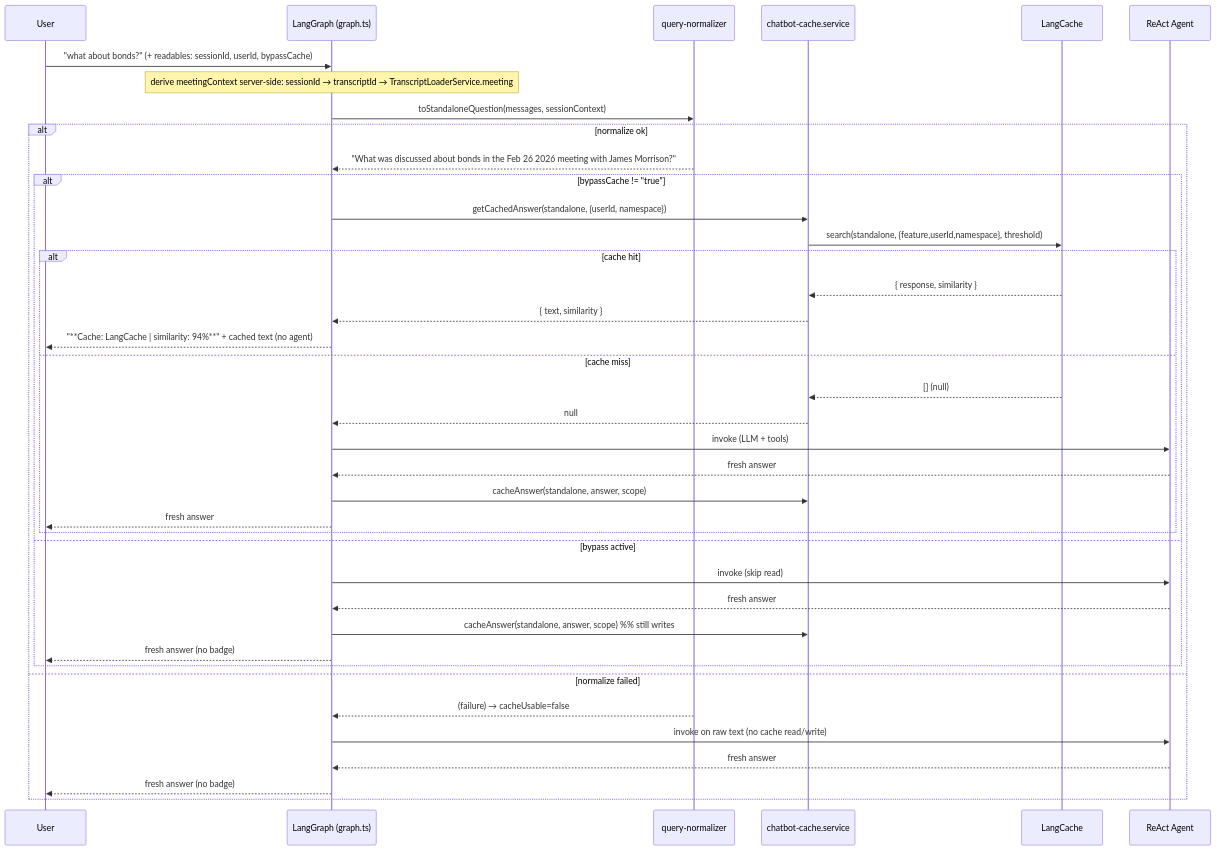
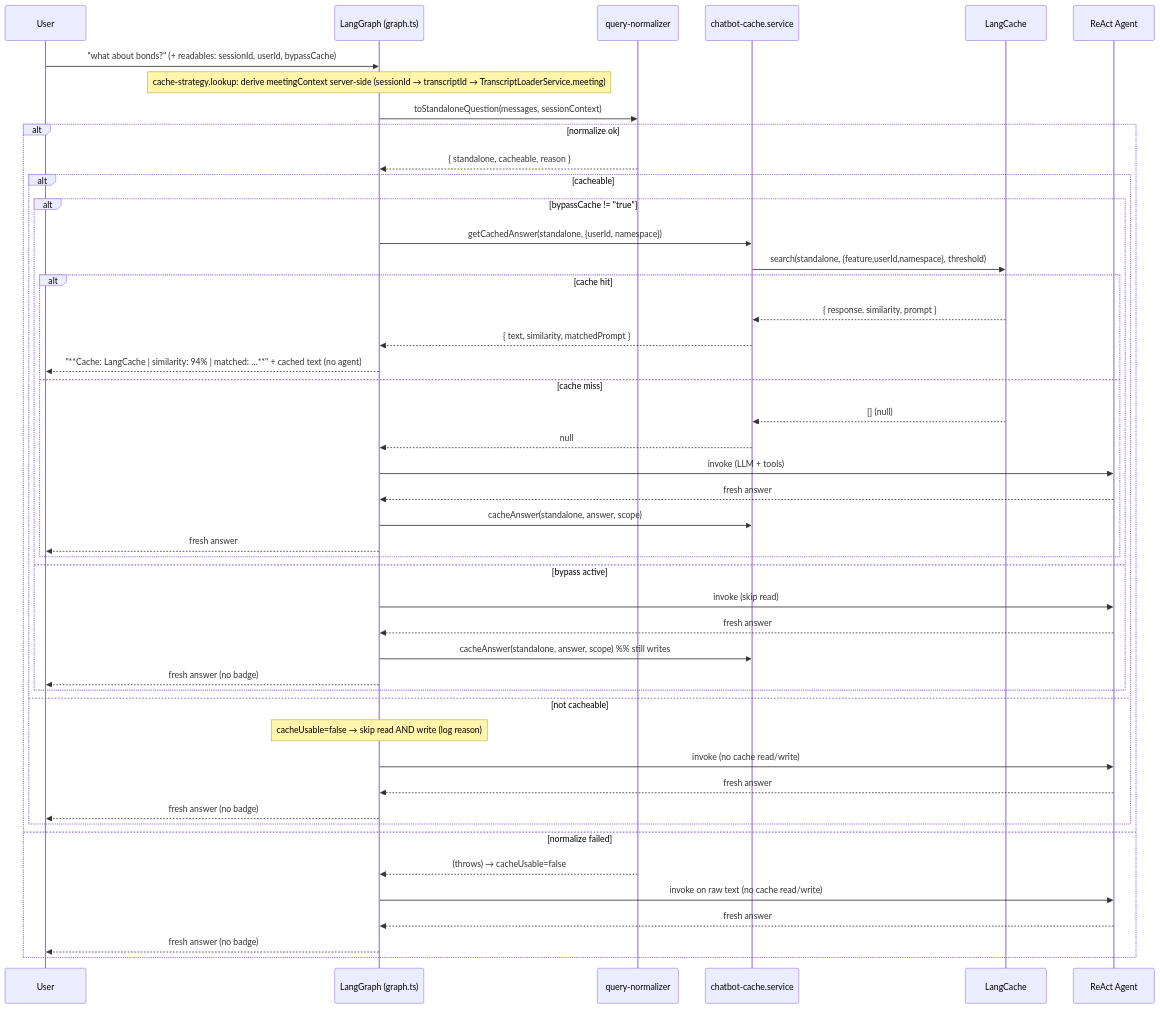
Before and after one commit to redis-developer/redis-agent-memory-explorer: the diagram in docs/dev-plans/langcache.md, drawn with Mermaid. The commit also changed other lines of this file and 2 other files, not shown here.

````diff
--- a/docs/dev-plans/langcache.md
+++ b/docs/dev-plans/langcache.md
@@ -515,42 +578,49 @@
 ```mermaid
 sequenceDiagram
     participant User
     participant LG as LangGraph (graph.ts)
     participant Norm as query-normalizer
     participant Svc as chatbot-cache.service
     participant LC as LangCache
     participant Agent as ReAct Agent
 
     User->>LG: "what about bonds?" (+ readables: sessionId, userId, bypassCache)
-    Note over LG: derive meetingContext server-side: sessionId → transcriptId → TranscriptLoaderService.meeting
+    Note over LG: cache-strategy.lookup: derive meetingContext server-side (sessionId → transcriptId → TranscriptLoaderService.meeting)
     LG->>Norm: toStandaloneQuestion(messages, sessionContext)
     alt normalize ok
-        Norm-->>LG: "What was discussed about bonds in the Feb 26 2026 meeting with James Morrison?"
-        alt bypassCache != "true"
-            LG->>Svc: getCachedAnswer(standalone, {userId, namespace})
-            Svc->>LC: search(standalone, {feature,userId,namespace}, threshold)
-            alt cache hit
-                LC-->>Svc: { response, similarity }
-                Svc-->>LG: { text, similarity }
-                LG-->>User: "**Cache: LangCache | similarity: 94%**" + cached text (no agent)
-            else cache miss
-                LC-->>Svc: [] (null)
-                Svc-->>LG: null
-                LG->>Agent: invoke (LLM + tools)
+        Norm-->>LG: { standalone, cacheable, reason }
+        alt cacheable
+            alt bypassCache != "true"
+                LG->>Svc: getCachedAnswer(standalone, {userId, namespace})
+                Svc->>LC: search(standalone, {feature,userId,namespace}, threshold)
+                alt cache hit
+                    LC-->>Svc: { response, similarity, prompt }
+                    Svc-->>LG: { text, similarity, matchedPrompt }
+                    LG-->>User: "**Cache: LangCache | similarity: 94% | matched: …**" + cached text (no agent)
+                else cache miss
+                    LC-->>Svc: [] (null)
+                    Svc-->>LG: null
+                    LG->>Agent: invoke (LLM + tools)
+                    Agent-->>LG: fresh answer
+                    LG->>Svc: cacheAnswer(standalone, answer, scope)
+                    LG-->>User: fresh answer
+                end
+            else bypass active
+                LG->>Agent: invoke (skip read)
                 Agent-->>LG: fresh answer
-                LG->>Svc: cacheAnswer(standalone, answer, scope)
-                LG-->>User: fresh answer
+                LG->>Svc: cacheAnswer(standalone, answer, scope)  %% still writes
+                LG-->>User: fresh answer (no badge)
             end
-        else bypass active
-            LG->>Agent: invoke (skip read)
+        else not cacheable
+            Note over LG: cacheUsable=false → skip read AND write (log reason)
+            LG->>Agent: invoke (no cache read/write)
             Agent-->>LG: fresh answer
-            LG->>Svc: cacheAnswer(standalone, answer, scope)  %% still writes
             LG-->>User: fresh answer (no badge)
         end
     else normalize failed
-        Norm-->>LG: (failure) → cacheUsable=false
+        Norm-->>LG: (throws) → cacheUsable=false
         LG->>Agent: invoke on raw text (no cache read/write)
         Agent-->>LG: fresh answer
         LG-->>User: fresh answer (no badge)
     end
 ```
````
